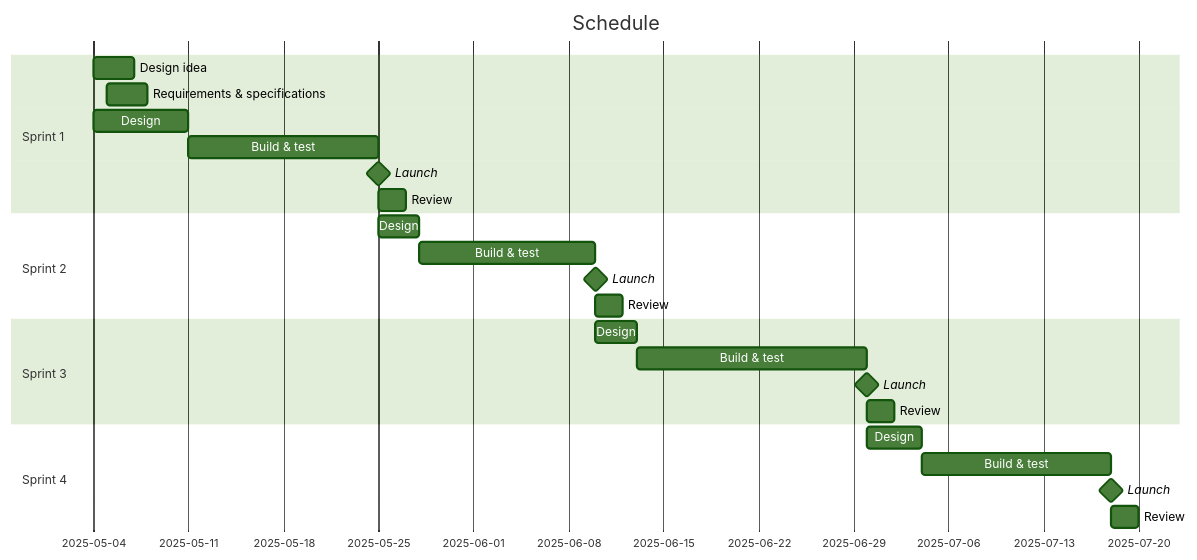
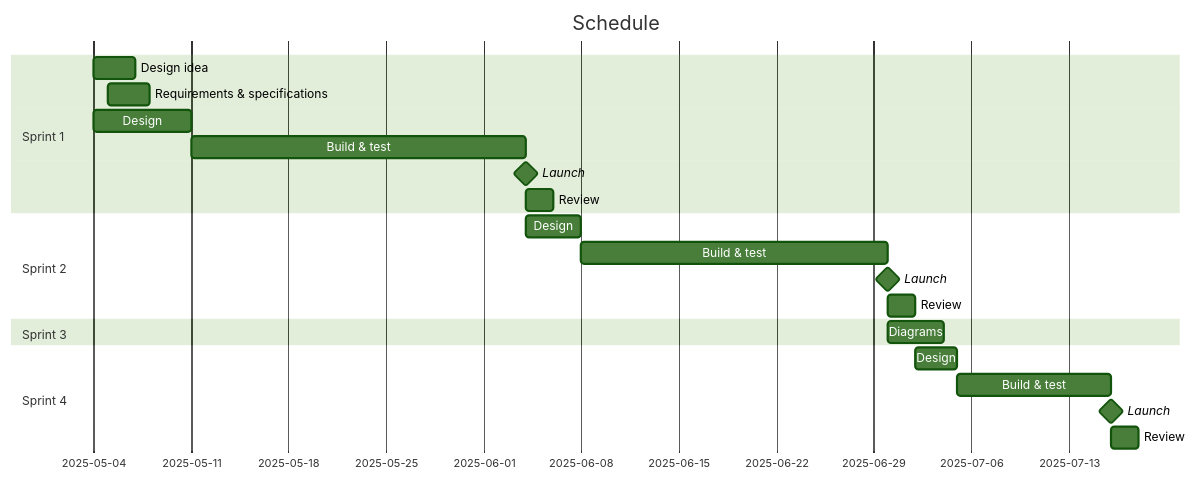
One commit to Tsunami014/MoriNoKomichi changed the diagram in docs/DOCS.md. Above: the diagram before and after it, drawn with Mermaid (forest theme). The commit also changed other lines of this file, not shown here.

Commit message:
Updated the gant chart and added descriptions to all the sprints
This impacts the project timeframe, allowing for more time on my first sprints as they will take the longest.
Next I will do a little bugfixing

````diff
--- a/docs/DOCS.md
+++ b/docs/DOCS.md
@@ -39,27 +40,25 @@
 ```mermaid
 gantt
     title Schedule
     dateFormat YYYY-MM-DD
     section Sprint 1
         Design idea                   :2025-05-04, 2025-05-07
         Requirements & specifications :2025-05-05, 2025-05-08
         Design                        :2025-05-04, 2025-05-11
-        Build & test                  :2025-05-11, 2025-05-25
-        Launch                        :milestone,  2025-05-25, 2m
-        Review                        :2025-05-25, 2025-05-27
+        Build & test                  :2025-05-11, 2025-06-04
+        Launch                        :milestone,  2025-06-04, 2m
+        Review                        :2025-06-04, 2025-06-06
     section Sprint 2
-        Design                        :2025-05-25, 2025-05-28
-        Build & test                  :2025-05-28, 2025-06-10
-        Launch                        :milestone,  2025-06-10, 2m
-        Review                        :2025-06-10, 2025-06-12
-    section Sprint 3
-        Design                        :2025-06-10, 2025-06-13
-        Build & test                  :2025-06-13, 2025-06-30
+        Design                        :2025-06-04, 2025-06-08
+        Build & test                  :2025-06-08, 2025-06-30
         Launch                        :milestone,  2025-06-30, 2m
         Review                        :2025-06-30, 2025-07-02
+    section Sprint 3
+        Diagrams                      :2025-06-30, 2025-07-04
     section Sprint 4
-        Design                        :2025-06-30, 2025-07-04
-        Build & test                  :2025-07-04, 2025-07-18
-        Launch                        :milestone,  2025-07-18, 2m
-        Review                        :2025-07-18, 2025-07-20
+        Design                        :2025-07-02, 2025-07-05
+        Build & test                  :2025-07-05, 2025-07-16
+        Launch                        :milestone,  2025-07-16, 2m
+        Review                        :2025-07-16, 2025-07-18
+
 ```
````
